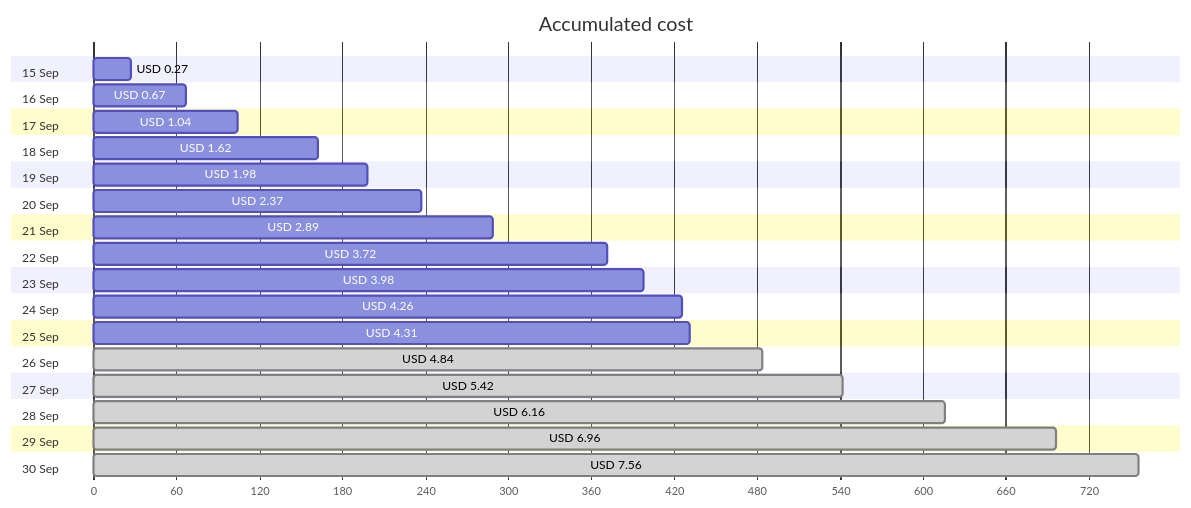
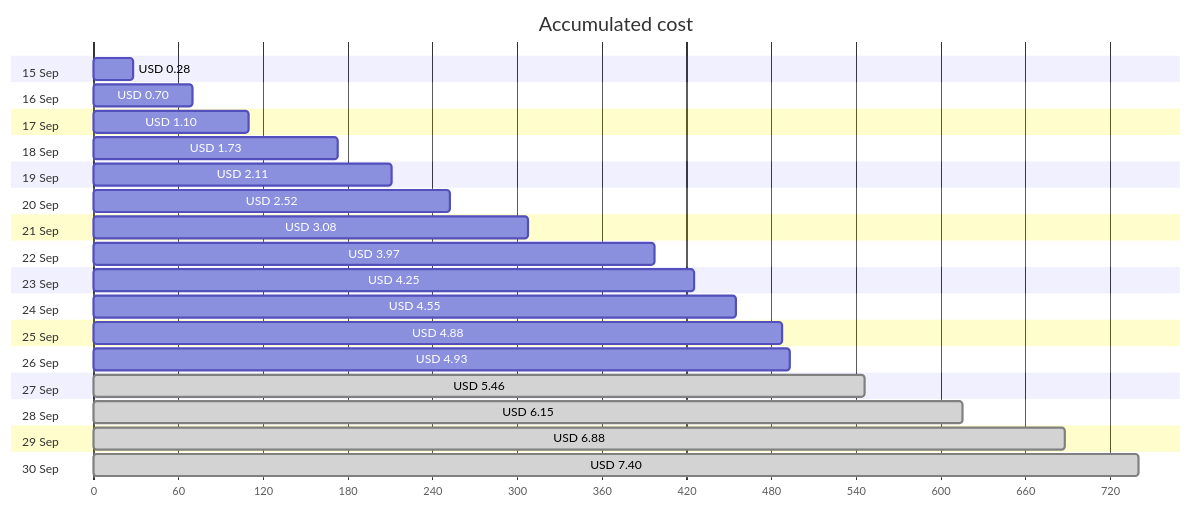
One commit to jpfulton/azure-personal-reports changed the first of 4 diagrams in cost-reports/personal-network/vpn-server.md. Above: the diagram before and after it, drawn with Mermaid. The commit also changed other lines of this file and 9 other files, not shown here.

````diff
--- a/cost-reports/personal-network/vpn-server.md
+++ b/cost-reports/personal-network/vpn-server.md
@@ -20,38 +20,38 @@
 ```mermaid
 gantt
    title Accumulated cost
    dateFormat  X
    axisFormat %s
    section 15 Sep
-   USD 0.27 :0, 27
+   USD 0.28 :0, 28
    section 16 Sep
-   USD 0.67 :0, 67
+   USD 0.70 :0, 70
    section 17 Sep
-   USD 1.04 :0, 104
+   USD 1.10 :0, 110
    section 18 Sep
-   USD 1.62 :0, 162
+   USD 1.73 :0, 173
    section 19 Sep
-   USD 1.98 :0, 198
+   USD 2.11 :0, 211
    section 20 Sep
-   USD 2.37 :0, 237
+   USD 2.52 :0, 252
    section 21 Sep
-   USD 2.89 :0, 289
+   USD 3.08 :0, 308
    section 22 Sep
-   USD 3.72 :0, 372
+   USD 3.97 :0, 397
    section 23 Sep
-   USD 3.98 :0, 398
+   USD 4.25 :0, 425
    section 24 Sep
-   USD 4.26 :0, 426
+   USD 4.55 :0, 455
    section 25 Sep
-   USD 4.31 :0, 431
+   USD 4.88 :0, 488
    section 26 Sep
-   USD 4.84 : done, 0, 484
+   USD 4.93 :0, 493
    section 27 Sep
-   USD 5.42 : done, 0, 542
+   USD 5.46 : done, 0, 546
    section 28 Sep
-   USD 6.16 : done, 0, 616
+   USD 6.15 : done, 0, 615
    section 29 Sep
-   USD 6.96 : done, 0, 696
+   USD 6.88 : done, 0, 688
    section 30 Sep
-   USD 7.56 : done, 0, 756
+   USD 7.40 : done, 0, 740
 ```
````
